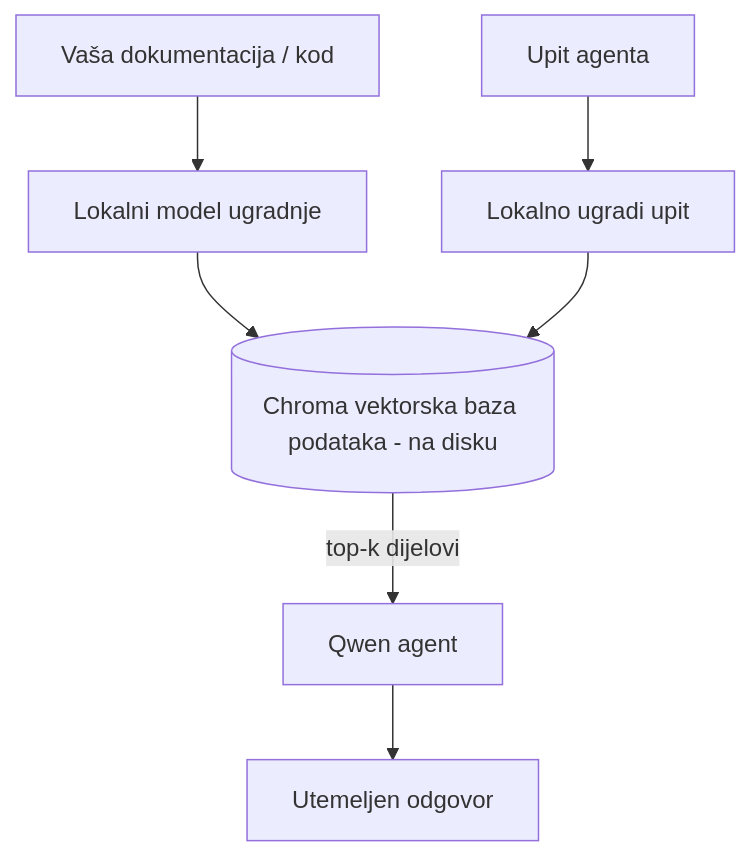
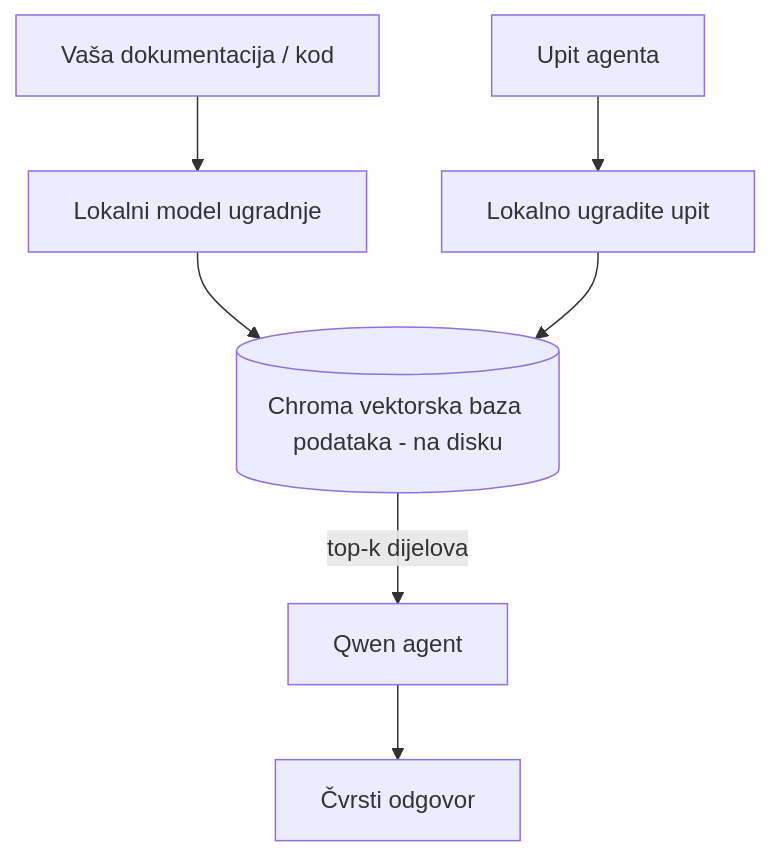
The third of 4 diagrams in translations/hr/17-creating-local-ai-agents/README.md (microsoft/ai-agents-for-beginners), drawn with Mermaid before and after one commit. The commit also changed other lines of this file and 47 other files, not shown here.

````diff
--- a/translations/hr/17-creating-local-ai-agents/README.md
+++ b/translations/hr/17-creating-local-ai-agents/README.md
@@ -125,9 +125,9 @@
 ```mermaid
 flowchart TB
     D[Vaša dokumentacija / kod] --> E[Lokalni model ugradnje]
     E --> V[(Chroma vektorska baza podataka - na disku)]
-    Q[Upit agenta] --> QE[Lokalno ugradi upit]
+    Q[Upit agenta] --> QE[Lokalno ugradite upit]
     QE --> V
-    V -->|top-k dijelovi| A[Qwen agent]
-    A --> Ans[Utemeljen odgovor]
+    V -->|top-k dijelova| A[Qwen agent]
+    A --> Ans[Čvrsti odgovor]
 ```
````
